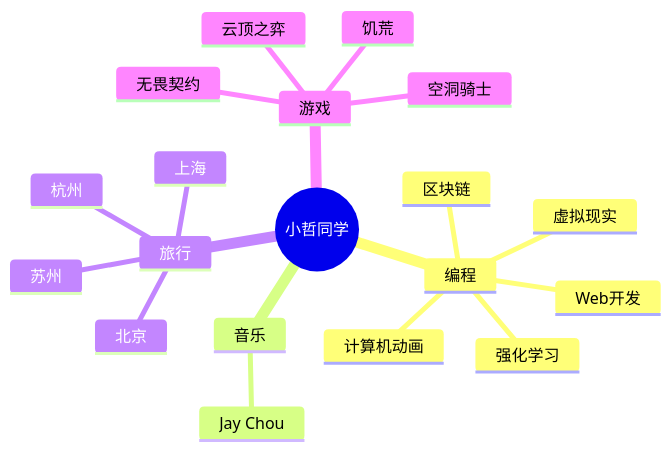
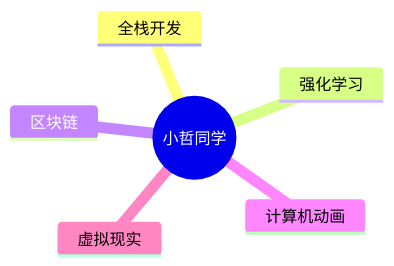
The diagram in README.md (HiXiaozhe/HiXiaozhe), drawn with Mermaid before and after one commit.

Commit message:
update mindmap

````diff
--- a/README.md
+++ b/README.md
@@ -87,22 +87,10 @@
 ```mermaid
 mindmap
   root((小哲同学))
-    编程
-      Web开发
-      强化学习
-      区块链
-      计算机动画
-      虚拟现实
-    音乐
-      Jay Chou
-    旅行
-      杭州
-      苏州
-      上海
-      北京
-    游戏
-      无畏契约
-      云顶之弈
-      空洞骑士
-      饥荒
+    全栈开发
+    强化学习
+    区块链
+    计算机动画
+    虚拟现实
+    
 ```
````
